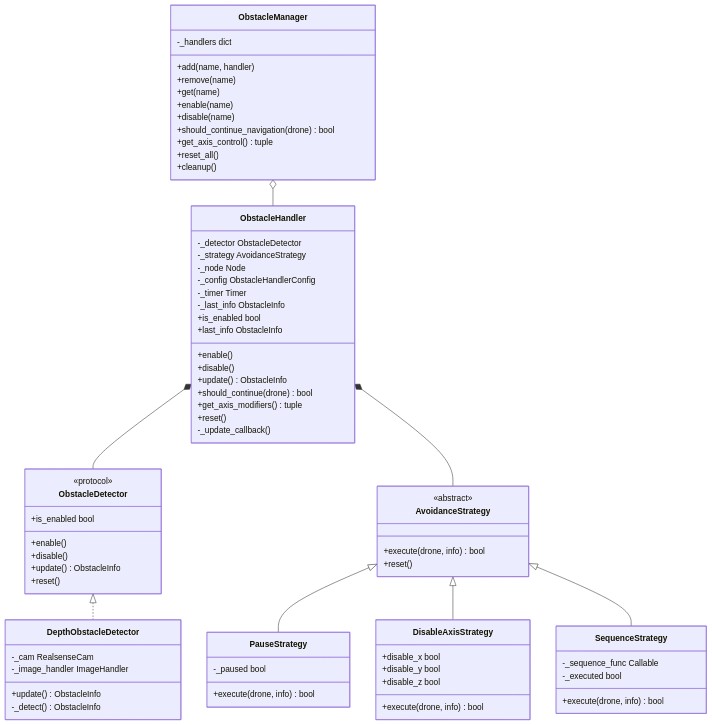
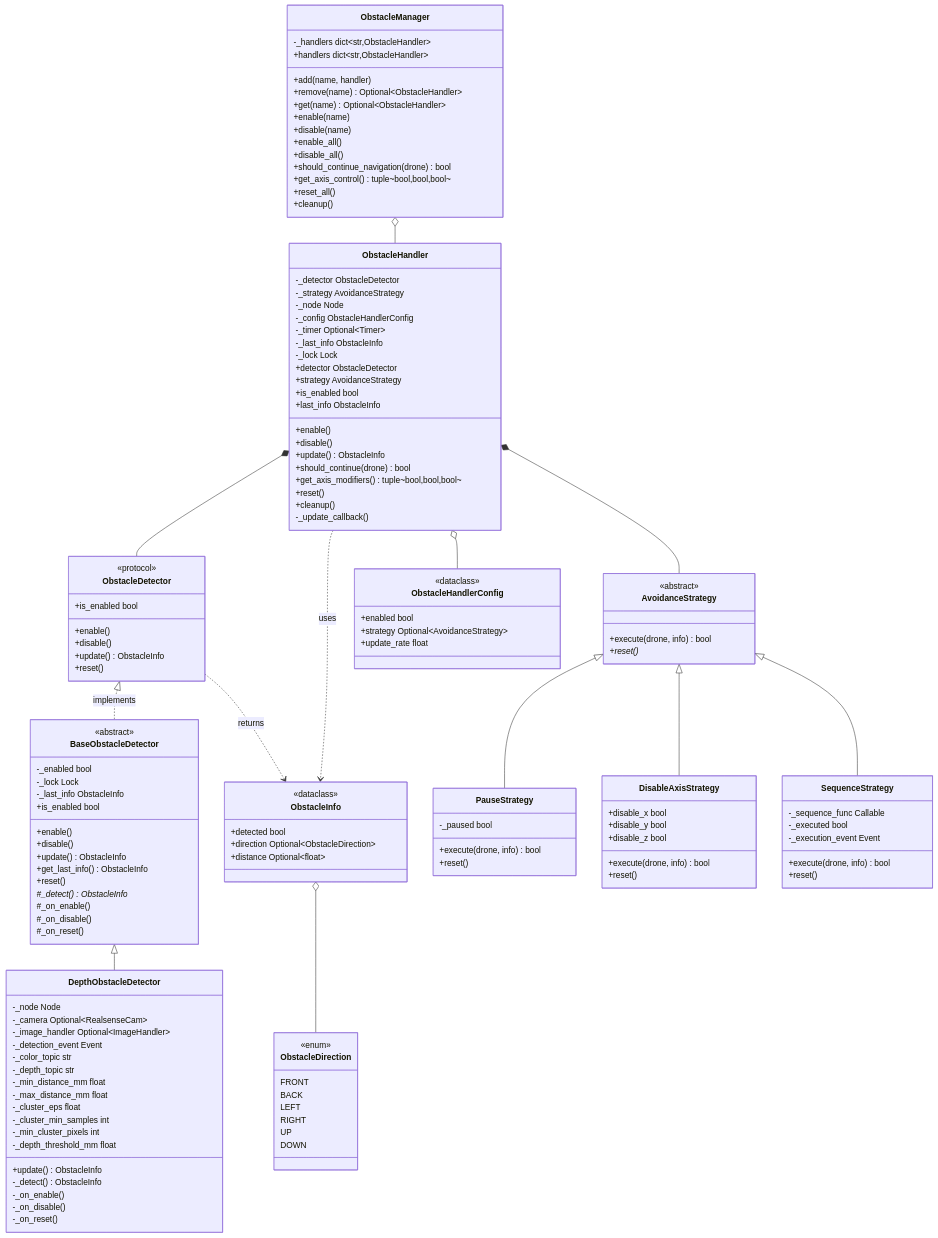
One commit to Black-Bee-Drones/nectar-sdk changed the first of 4 diagrams in mirela_sdk/mirela_sdk/control/obstacles/README.md. Above: the diagram before and after it, drawn with Mermaid. The commit also changed 2 other files, not shown here.

Commit message:
docs: update mermaid class diagramns

````diff
--- a/mirela_sdk/mirela_sdk/control/obstacles/README.md
+++ b/mirela_sdk/mirela_sdk/control/obstacles/README.md
@@ -15,10 +15,27 @@
         +reset()
     }
     
+    class ObstacleInfo {
+        <<dataclass>>
+        +detected bool
+        +direction Optional~ObstacleDirection~
+        +distance Optional~float~
+    }
+    
+    class ObstacleDirection {
+        <<enum>>
+        FRONT
+        BACK
+        LEFT
+        RIGHT
+        UP
+        DOWN
+    }
+    
     class AvoidanceStrategy {
         <<abstract>>
         +execute(drone, info) bool
-        +reset()
+        +reset()*
     }
     
     class ObstacleHandler {
@@ -26,42 +43,87 @@
         -_strategy AvoidanceStrategy
         -_node Node
         -_config ObstacleHandlerConfig
-        -_timer Timer
+        -_timer Optional~Timer~
         -_last_info ObstacleInfo
+        -_lock Lock
+        +detector ObstacleDetector
+        +strategy AvoidanceStrategy
         +is_enabled bool
         +last_info ObstacleInfo
         +enable()
         +disable()
         +update() ObstacleInfo
         +should_continue(drone) bool
-        +get_axis_modifiers() tuple
+        +get_axis_modifiers() tuple~bool,bool,bool~
         +reset()
+        +cleanup()
         -_update_callback()
     }
     
+    class ObstacleHandlerConfig {
+        <<dataclass>>
+        +enabled bool
+        +strategy Optional~AvoidanceStrategy~
+        +update_rate float
+    }
+    
     class ObstacleManager {
-        -_handlers dict
+        -_handlers dict~str,ObstacleHandler~
+        +handlers dict~str,ObstacleHandler~
         +add(name, handler)
-        +remove(name)
-        +get(name)
+        +remove(name) Optional~ObstacleHandler~
+        +get(name) Optional~ObstacleHandler~
         +enable(name)
         +disable(name)
+        +enable_all()
+        +disable_all()
         +should_continue_navigation(drone) bool
-        +get_axis_control() tuple
+        +get_axis_control() tuple~bool,bool,bool~
         +reset_all()
         +cleanup()
     }
     
+    class BaseObstacleDetector {
+        <<abstract>>
+        -_enabled bool
+        -_lock Lock
+        -_last_info ObstacleInfo
+        +is_enabled bool
+        +enable()
+        +disable()
+        +update() ObstacleInfo
+        +get_last_info() ObstacleInfo
+        +reset()
+        #_detect()* ObstacleInfo
+        #_on_enable()
+        #_on_disable()
+        #_on_reset()
+    }
+    
     class DepthObstacleDetector {
-        -_cam RealsenseCam
-        -_image_handler ImageHandler
+        -_node Node
+        -_camera Optional~RealsenseCam~
+        -_image_handler Optional~ImageHandler~
+        -_detection_event Event
+        -_color_topic str
+        -_depth_topic str
+        -_min_distance_mm float
+        -_max_distance_mm float
+        -_cluster_eps float
+        -_cluster_min_samples int
+        -_min_cluster_pixels int
+        -_depth_threshold_mm float
         +update() ObstacleInfo
         -_detect() ObstacleInfo
+        -_on_enable()
+        -_on_disable()
+        -_on_reset()
     }
     
     class PauseStrategy {
         -_paused bool
         +execute(drone, info) bool
+        +reset()
     }
     
     class DisableAxisStrategy {
@@ -69,19 +131,27 @@
         +disable_y bool
         +disable_z bool
         +execute(drone, info) bool
+        +reset()
     }
     
     class SequenceStrategy {
         -_sequence_func Callable
         -_executed bool
+        -_execution_event Event
         +execute(drone, info) bool
+        +reset()
     }
     
-    ObstacleDetector <|.. DepthObstacleDetector
+    ObstacleDetector <|.. BaseObstacleDetector : implements
+    BaseObstacleDetector <|-- DepthObstacleDetector
     AvoidanceStrategy <|-- PauseStrategy
     AvoidanceStrategy <|-- DisableAxisStrategy
     AvoidanceStrategy <|-- SequenceStrategy
     ObstacleHandler *-- ObstacleDetector
     ObstacleHandler *-- AvoidanceStrategy
+    ObstacleHandler o-- ObstacleHandlerConfig
+    ObstacleHandler ..> ObstacleInfo : uses
     ObstacleManager o-- ObstacleHandler
+    ObstacleDetector ..> ObstacleInfo : returns
+    ObstacleInfo o-- ObstacleDirection
 ```
````
